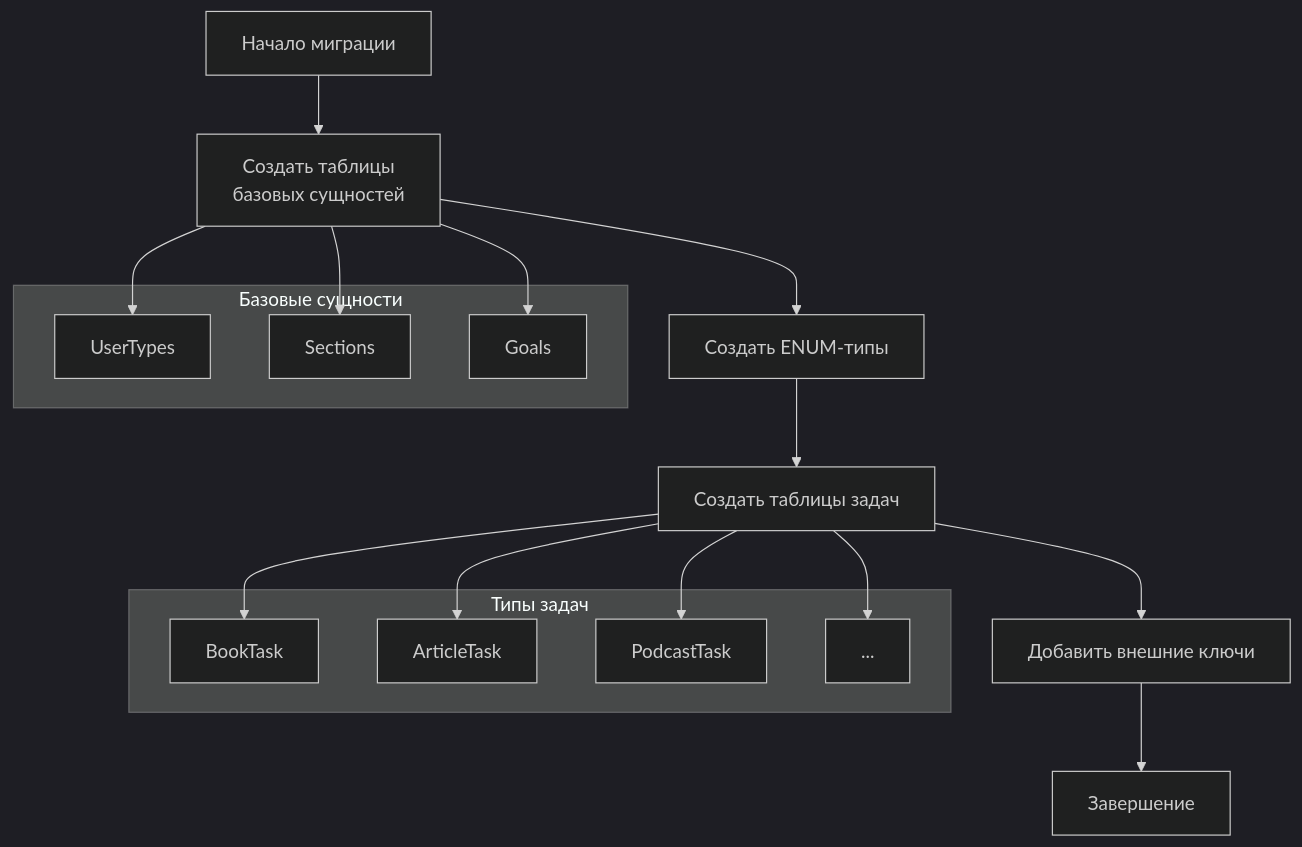
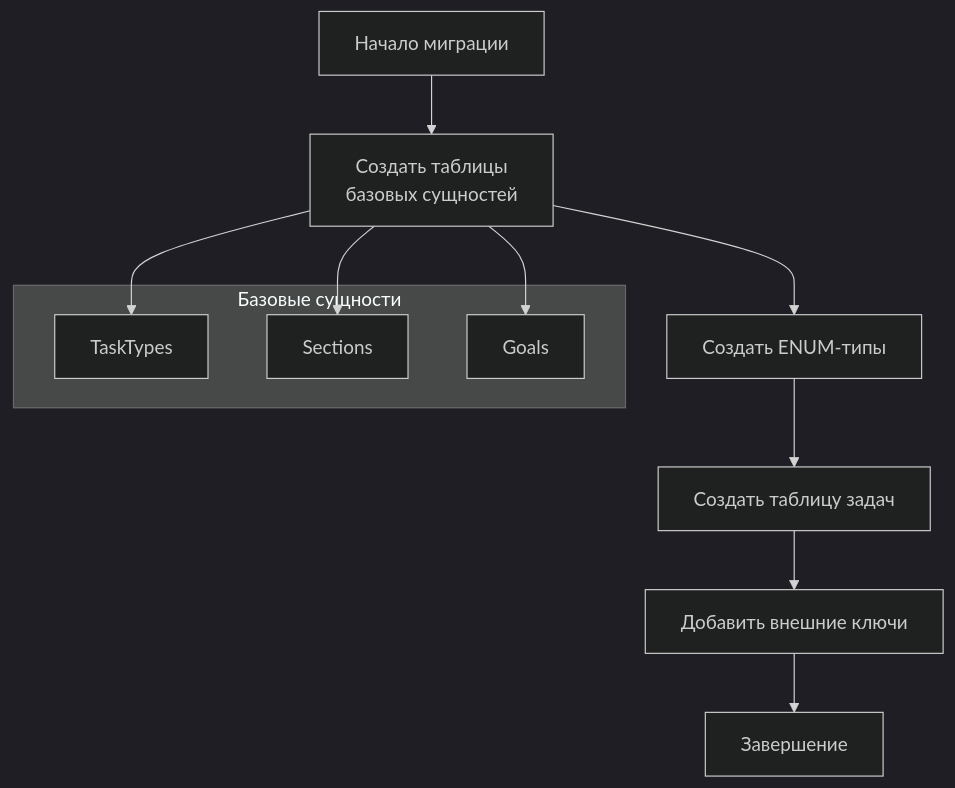
One commit to artemkorsakov/scalabook changed the diagram in docs/practice/db/db_crud.md. Above: the diagram before and after it, drawn with Mermaid (dark theme). The commit also changed other lines of this file and 6 other files, not shown here.

````diff
--- a/docs/practice/db/db_crud.md
+++ b/docs/practice/db/db_crud.md
@@ -176,29 +300,18 @@
 ```mermaid
 graph TD
     A[Начало миграции] --> B[Создать таблицы<br/>базовых сущностей]
     B --> C[Создать ENUM-типы]
-    C --> D[Создать таблицы задач]
+    C --> D[Создать таблицу задач]
     D --> E[Добавить внешние ключи]
     E --> F[Завершение]
 
     subgraph "Базовые сущности"
-        B1[UserTypes]
+        B1[TaskTypes]
         B2[Sections]
         B3[Goals]
-    end
-
-    subgraph "Типы задач"
-        D1[BookTask]
-        D2[ArticleTask]
-        D3[PodcastTask]
-        D4[...]
     end
 
     B --> B1
     B --> B2
     B --> B3
-    D --> D1
-    D --> D2
-    D --> D3
-    D --> D4
 ```
````
